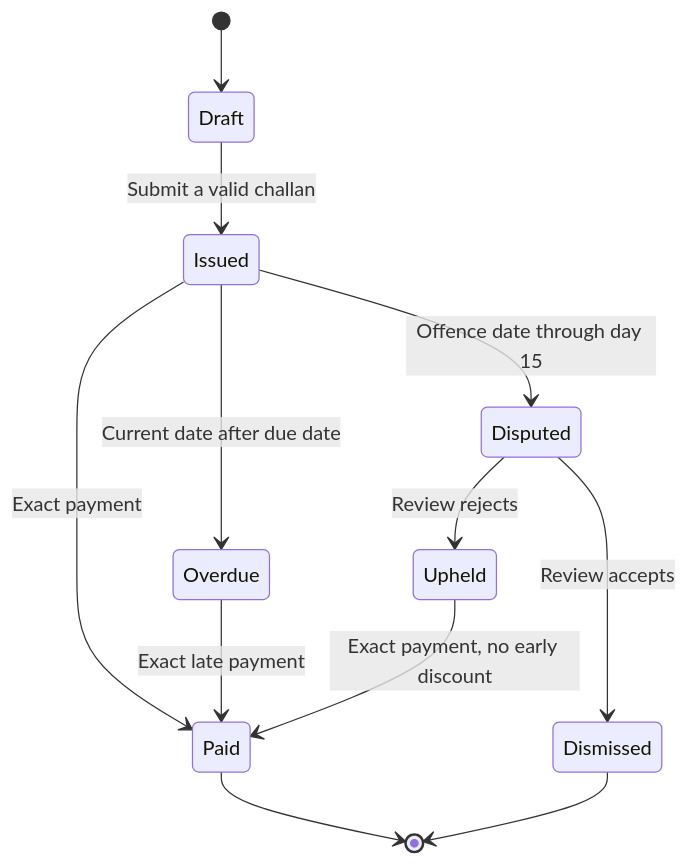
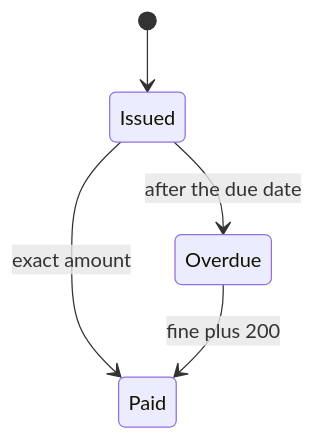
One commit to mrsahiljaiswal/Software-Testing-Portfolio changed the second of 3 diagrams in 07_Screenshots/Diagrams.md. Above: the diagram before and after it, drawn with Mermaid. The commit also changed other lines of this file and 27 other files, not shown here.

````diff
--- a/07_Screenshots/Diagrams.md
+++ b/07_Screenshots/Diagrams.md
@@ -32,14 +20,7 @@
 ```mermaid
 stateDiagram-v2
-    [*] --> Draft
-    Draft --> Issued: Submit a valid challan
-    Issued --> Paid: Exact payment
-    Issued --> Disputed: Offence date through day 15
-    Issued --> Overdue: Current date after due date
-    Overdue --> Paid: Exact late payment
-    Disputed --> Dismissed: Review accepts
-    Disputed --> Upheld: Review rejects
-    Upheld --> Paid: Exact payment, no early discount
-    Paid --> [*]
-    Dismissed --> [*]
+    [*] --> Issued
+    Issued --> Paid: exact amount
+    Issued --> Overdue: after the due date
+    Overdue --> Paid: fine plus 200
 ```
````
